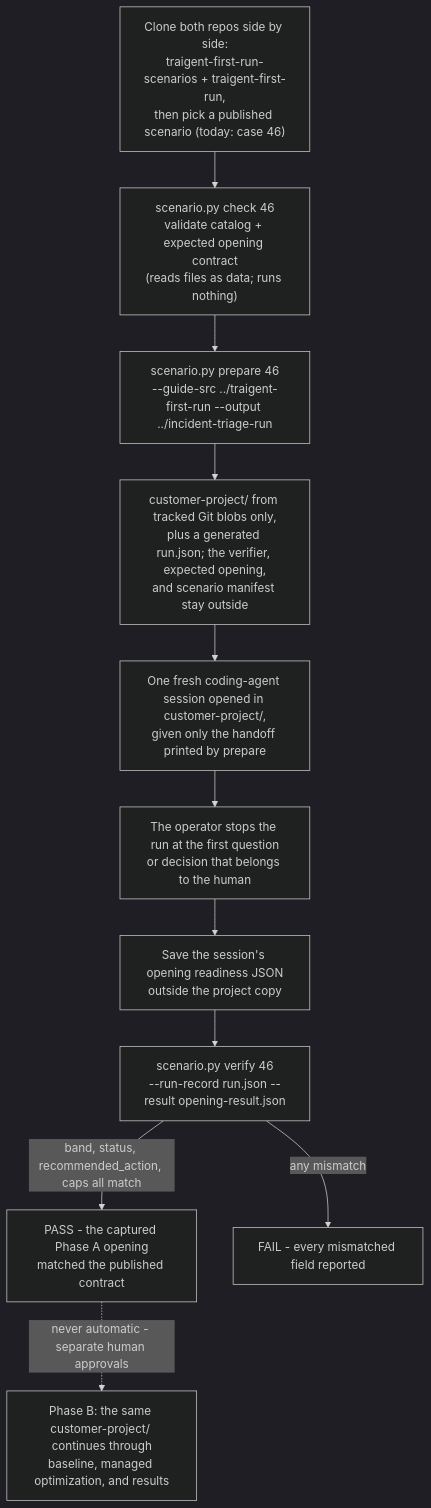
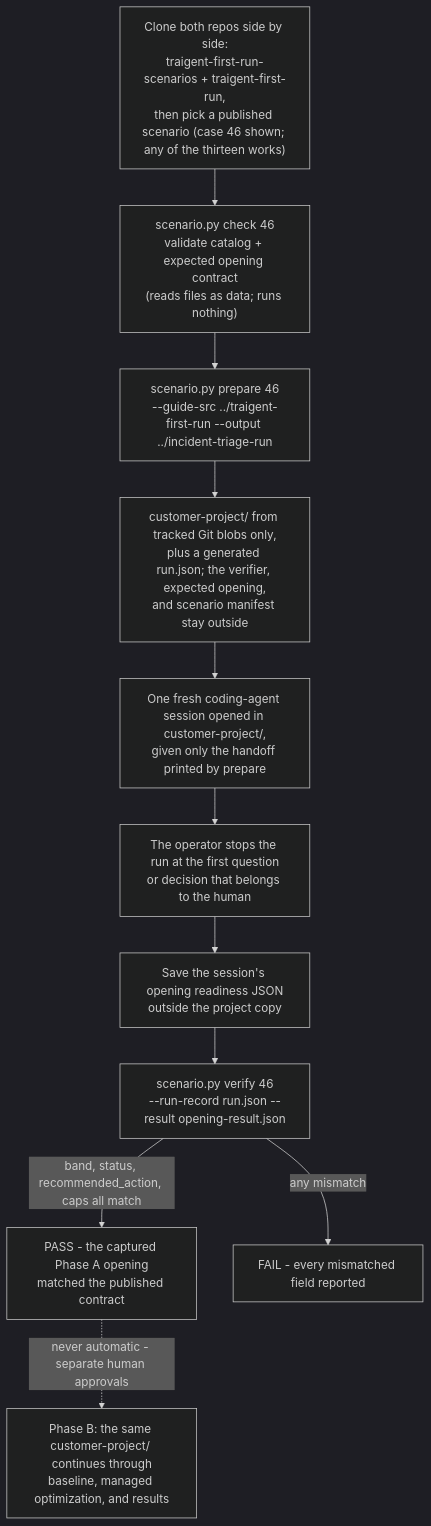
Before and after one commit to Traigent/traigent-first-run-scenarios: the diagram in README.md, drawn with Mermaid (dark theme). The commit also changed other lines of this file and 192 other files, not shown here.

First line of the commit message:
Thirteen scenarios at guide d07b62cd: twelve new agent types, every opening measured (#22)

````diff
--- a/README.md
+++ b/README.md
@@ -223,13 +275,13 @@
 ```mermaid
 flowchart TD
-    A["Clone both repos side by side:<br/>traigent-first-run-scenarios + traigent-first-run,<br/>then pick a published scenario (today: case 46)"] --> B["scenario.py check 46<br/>validate catalog + expected opening contract<br/>(reads files as data; runs nothing)"]
+    A["Clone both repos side by side:<br/>traigent-first-run-scenarios + traigent-first-run,<br/>then pick a published scenario (case 46 shown; any of the thirteen works)"] --> B["scenario.py check 46<br/>validate catalog + expected opening contract<br/>(reads files as data; runs nothing)"]
     B --> C["scenario.py prepare 46<br/>--guide-src ../traigent-first-run --output ../incident-triage-run"]
     C --> D["customer-project/ from tracked Git blobs only,<br/>plus a generated run.json; the verifier, expected opening,<br/>and scenario manifest stay outside"]
     D --> E["One fresh coding-agent session opened in customer-project/,<br/>given only the handoff printed by prepare"]
     E --> F["The operator stops the run at the first question<br/>or decision that belongs to the human"]
     F --> G["Save the session's opening readiness JSON<br/>outside the project copy"]
     G --> H["scenario.py verify 46<br/>--run-record run.json --result opening-result.json"]
     H -->|"band, status, recommended_action, caps all match"| I["PASS - the captured Phase A opening<br/>matched the published contract"]
     H -->|"any mismatch"| J["FAIL - every mismatched field reported"]
     I -.->|"never automatic - separate human approvals"| K["Phase B: the same customer-project/ continues through<br/>baseline, managed optimization, and results"]
 ```
````
